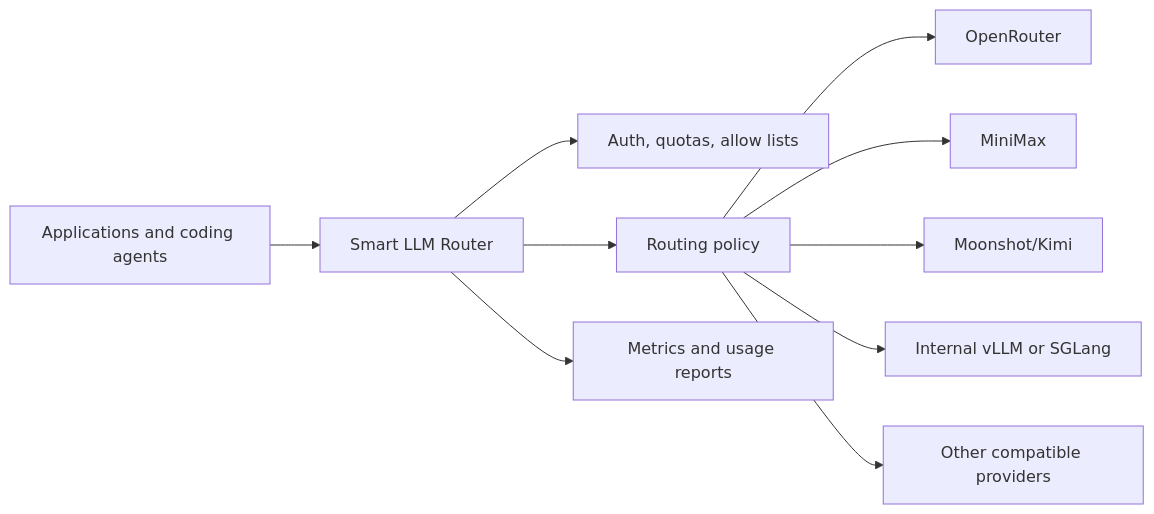
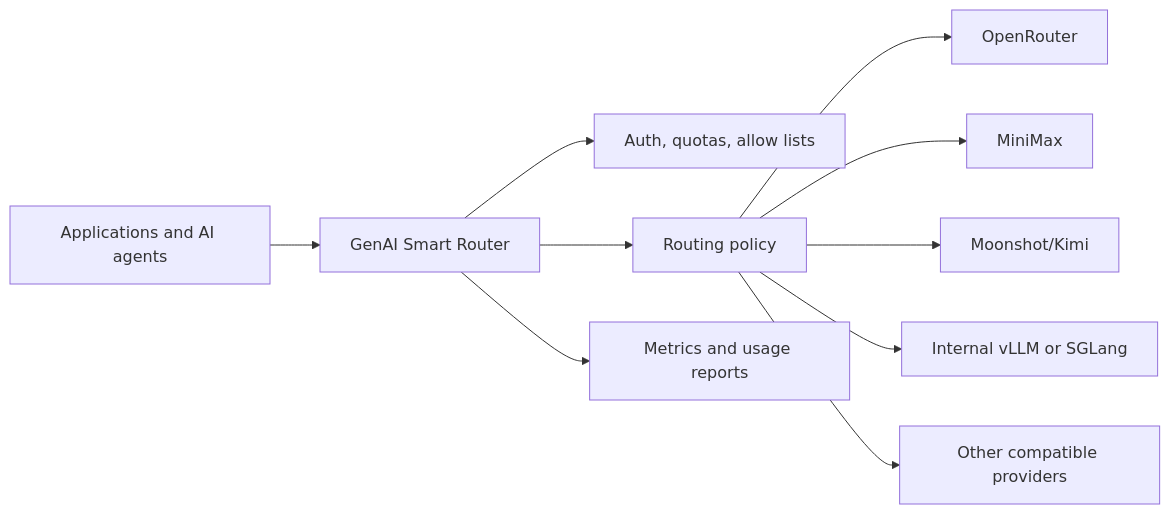
One commit to Metrum-AI-Products/genai-smart-router changed the first of 2 diagrams in docs-site/docs/solution-brief.md. Above: the diagram before and after it, drawn with Mermaid. The commit also changed other lines of this file and 20 other files, not shown here.

Commit message:
Rebrand docs for GenAI Smart Router

````diff
--- a/docs-site/docs/solution-brief.md
+++ b/docs-site/docs/solution-brief.md
@@ -19,12 +19,12 @@
 ```mermaid
 flowchart LR
-  App[Applications and coding agents] --> Router[Smart LLM Router]
+  App[Applications and AI agents] --> Router[GenAI Smart Router]
   Router --> Auth[Auth, quotas, allow lists]
   Router --> Policy[Routing policy]
   Router --> Telemetry[Metrics and usage reports]
   Policy --> P1[OpenRouter]
   Policy --> P2[MiniMax]
   Policy --> P3[Moonshot/Kimi]
   Policy --> P4[Internal vLLM or SGLang]
   Policy --> P5[Other compatible providers]
 ```
````
